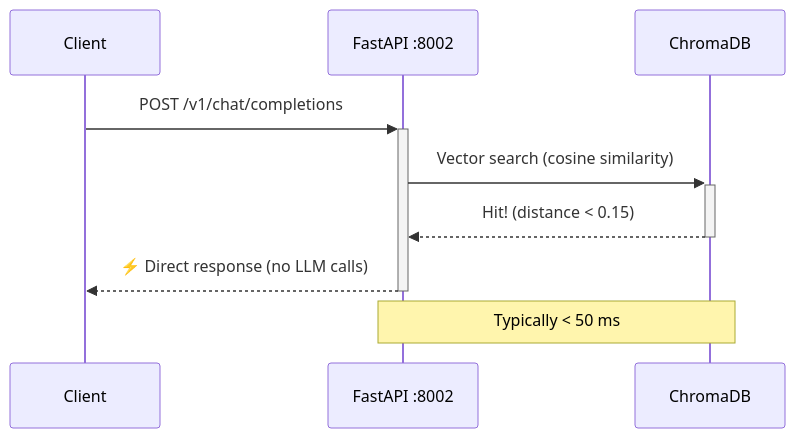
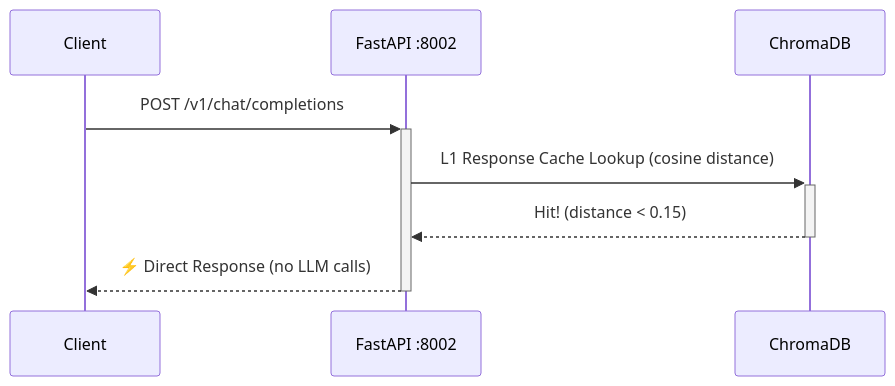
Before and after one commit to h3rb3rn/moe-sovereign: the second of 4 diagrams in docs/system/dataflow.md, drawn with Mermaid. The commit also changed other lines of this file and 46 other files, not shown here.

````diff
--- a/docs/system/dataflow.md
+++ b/docs/system/dataflow.md
@@ -60,12 +86,11 @@
 ```mermaid
 sequenceDiagram
     participant Client
     participant API as FastAPI :8002
     participant Chroma as ChromaDB
 
     Client->>+API: POST /v1/chat/completions
-    API->>+Chroma: Vector search (cosine similarity)
+    API->>+Chroma: L1 Response Cache Lookup (cosine distance)
     Chroma-->>-API: Hit! (distance < 0.15)
-    API-->>-Client: ⚡ Direct response (no LLM calls)
-    Note over API,Chroma: Typically < 50 ms
+    API-->>-Client: ⚡ Direct Response (no LLM calls)
 ```
````
